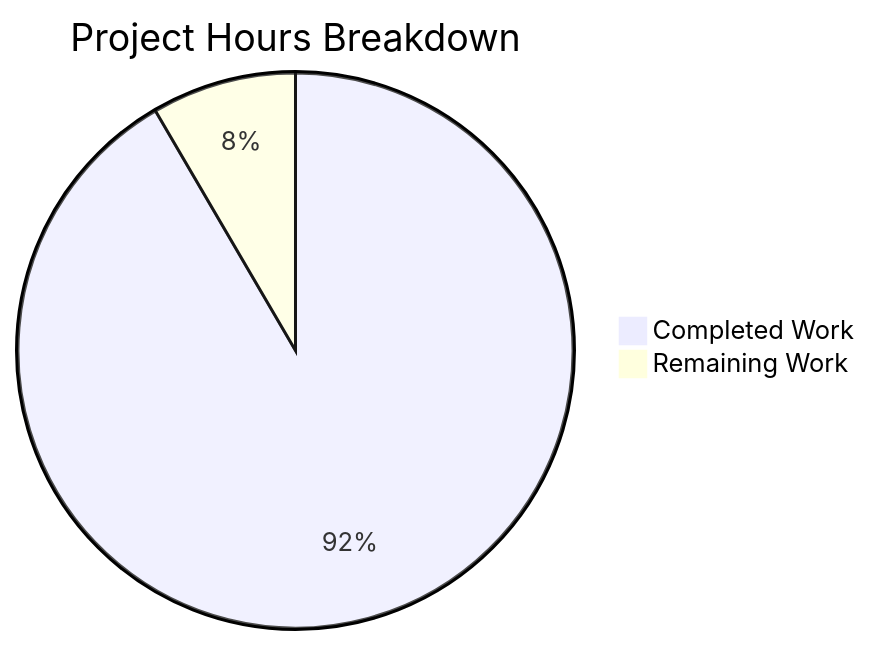
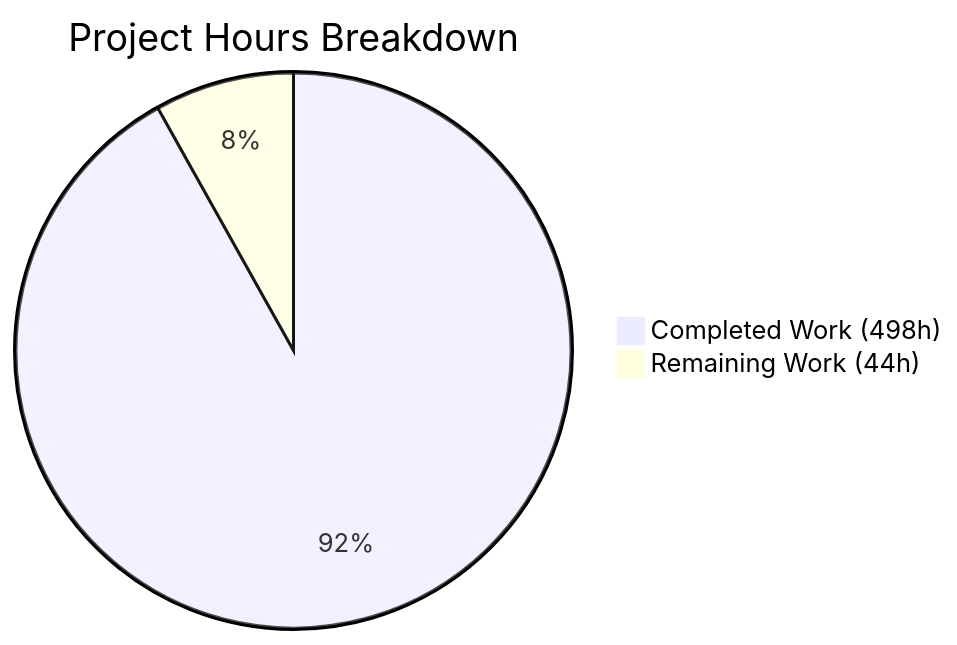
Before and after one commit to blitzy-public-samples/blitzy-claudes-c-compiler: the second of 2 diagrams in blitzy/documentation/Project Guide.md, drawn with Mermaid. The commit also changed other lines of this file, not shown here.

Commit message:
Adding Blitzy Project Guide: Project Status and Human Tasks Remaining

````diff
--- a/blitzy/documentation/Project Guide.md
+++ b/blitzy/documentation/Project Guide.md
@@ -252,5 +254,5 @@
 ```mermaid
 pie title Project Hours Breakdown
-    "Completed Work" : 370
-    "Remaining Work" : 34
+    "Completed Work (498h)" : 498
+    "Remaining Work (44h)" : 44
 ```
````
